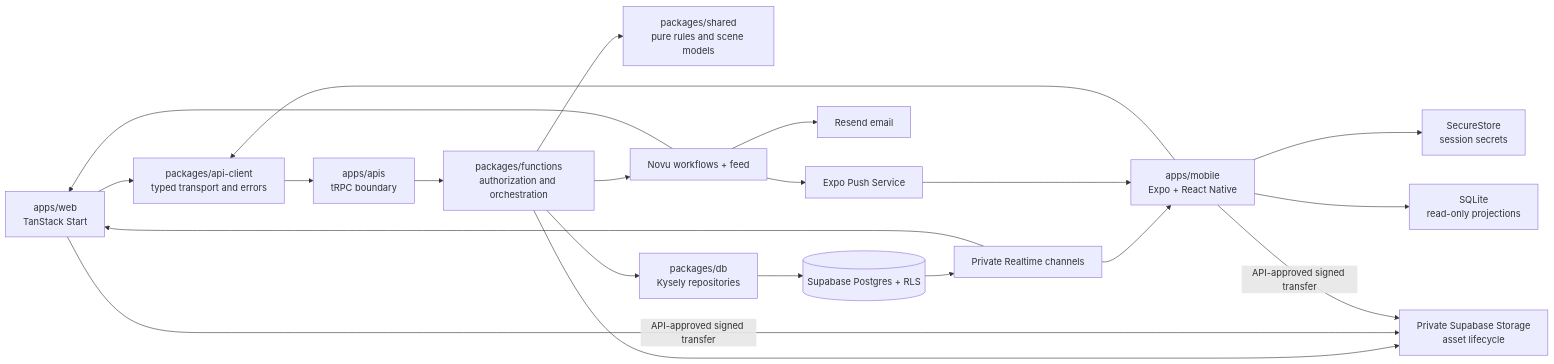
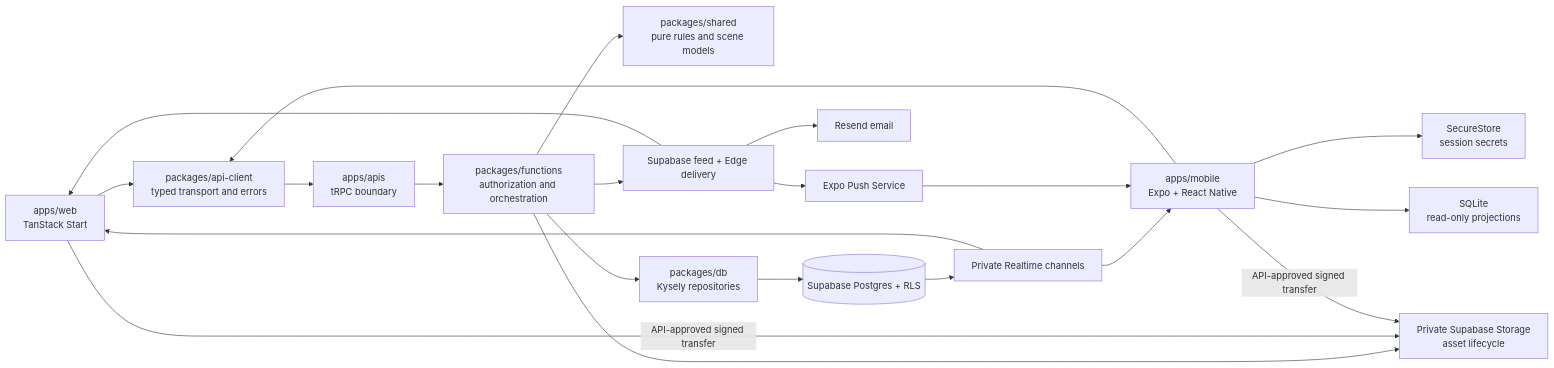
Before and after one commit to MPiland/artificer-toolkit: the first of 2 diagrams in docs/roadmap/README.md, drawn with Mermaid. The commit also changed other lines of this file and 80 other files, not shown here.

Commit message:
Move notification delivery to Supabase

````diff
--- a/docs/roadmap/README.md
+++ b/docs/roadmap/README.md
@@ -105,25 +105,25 @@
 ```mermaid
 flowchart LR
   Web["apps/web<br/>TanStack Start"] --> Client["packages/api-client<br/>typed transport and errors"]
   Mobile["apps/mobile<br/>Expo + React Native"] --> Client
   Client --> API["apps/apis<br/>tRPC boundary"]
   API --> Functions["packages/functions<br/>authorization and orchestration"]
   Functions --> Shared["packages/shared<br/>pure rules and scene models"]
   Functions --> DB["packages/db<br/>Kysely repositories"]
   DB --> PG[("Supabase Postgres + RLS")]
 
   PG --> RT["Private Realtime channels"]
   RT --> Web
   RT --> Mobile
 
   Mobile --> Secure["SecureStore<br/>session secrets"]
   Mobile --> Cache["SQLite<br/>read-only projections"]
-  Functions --> Notify["Novu workflows + feed"]
+  Functions --> Notify["Supabase feed + Edge delivery"]
   Notify --> Web
   Notify --> Email["Resend email"]
   Notify --> Push["Expo Push Service"]
   Push --> Mobile
   Functions --> Storage["Private Supabase Storage<br/>asset lifecycle"]
   Web -->|API-approved signed transfer| Storage
   Mobile -->|API-approved signed transfer| Storage
 ```
````
